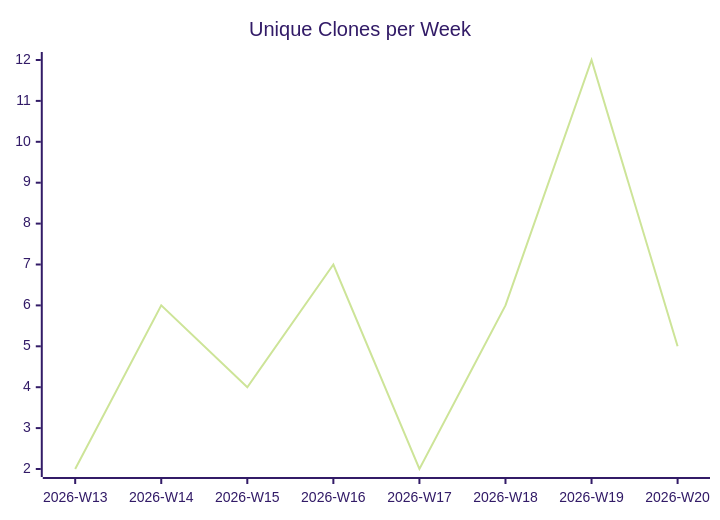
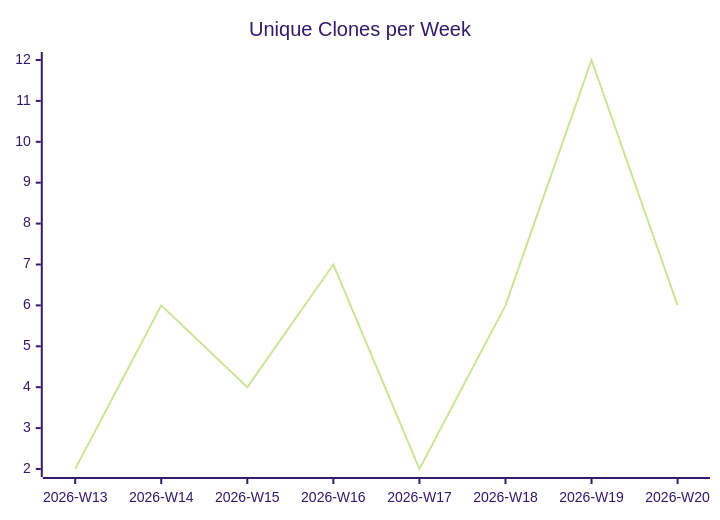
Before and after one commit to justdavis-family/github-analytics-data: the third of 3 diagrams in karlmdavis/obsidian-operator/README.md, drawn with Mermaid (forest theme). The commit also changed other lines of this file and 176 other files, not shown here.

````diff
--- a/karlmdavis/obsidian-operator/README.md
+++ b/karlmdavis/obsidian-operator/README.md
@@ -19,6 +19,6 @@
 ```mermaid
 xychart-beta
   title "Unique Clones per Week"
   x-axis ["2026-W13", "2026-W14", "2026-W15", "2026-W16", "2026-W17", "2026-W18", "2026-W19", "2026-W20"]
-  line [2, 6, 4, 7, 2, 6, 12, 5]
+  line [2, 6, 4, 7, 2, 6, 12, 6]
 ```
````
